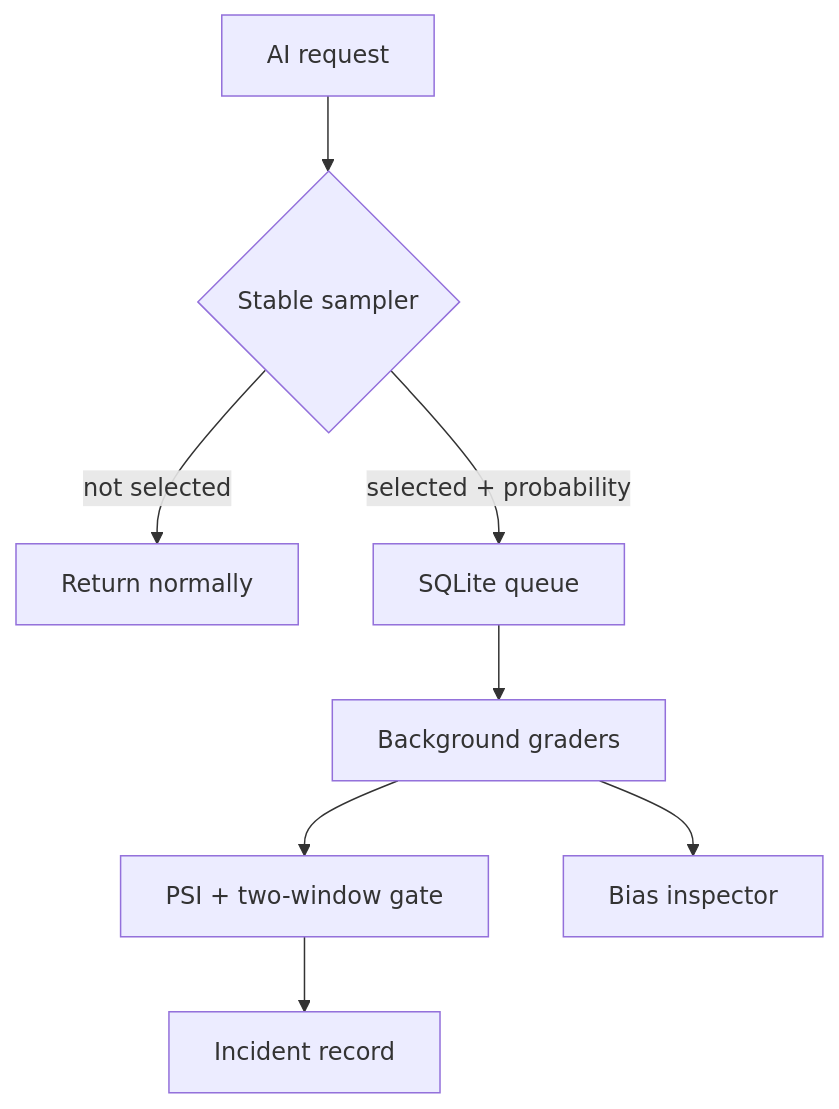
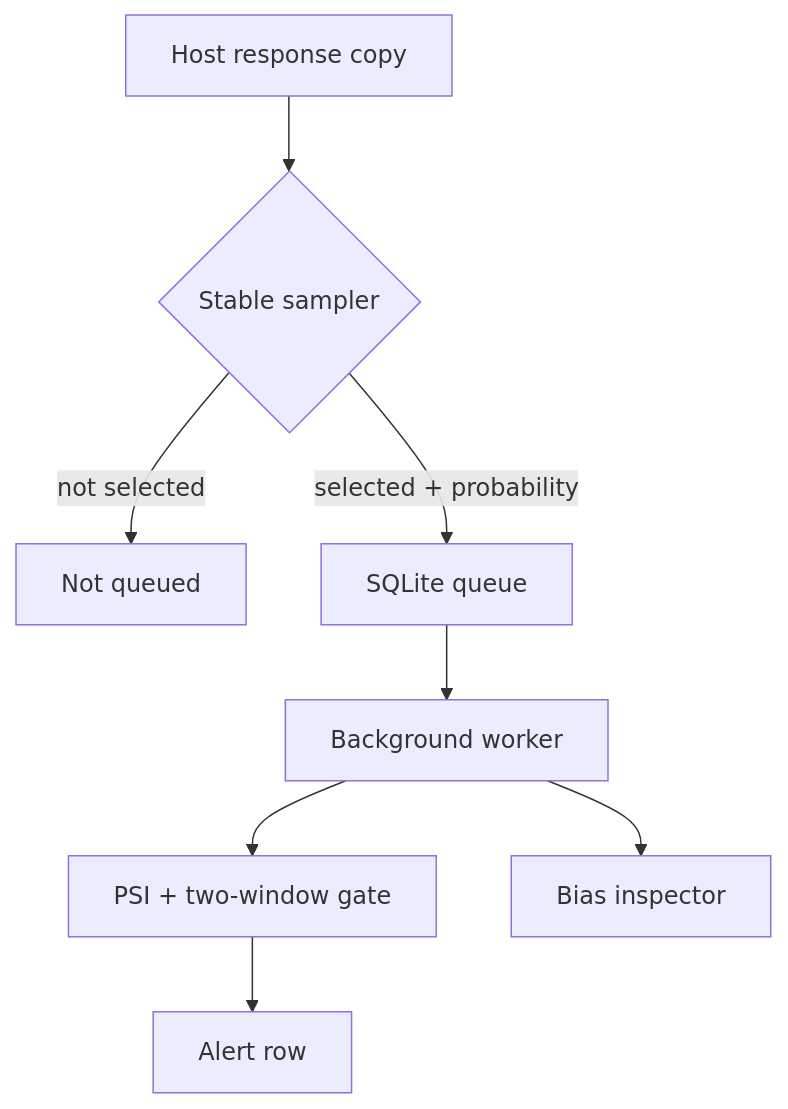
The diagram in README.md (MadanMohan0537/shadowgauge), drawn with Mermaid before and after one commit. The commit also changed other lines of this file, not shown here.

````diff
--- a/README.md
+++ b/README.md
@@ -52,10 +21,10 @@
 ```mermaid
 flowchart TD
-    A["AI request"] --> B{"Stable sampler"}
-    B -->|not selected| C["Return normally"]
+    A["Host response copy"] --> B{"Stable sampler"}
+    B -->|not selected| C["Not queued"]
     B -->|selected + probability| D["SQLite queue"]
-    D --> E["Background graders"]
+    D --> E["Background worker"]
     E --> F["PSI + two-window gate"]
-    F --> G["Incident record"]
+    F --> G["Alert row"]
     E --> H["Bias inspector"]
 ```
````
